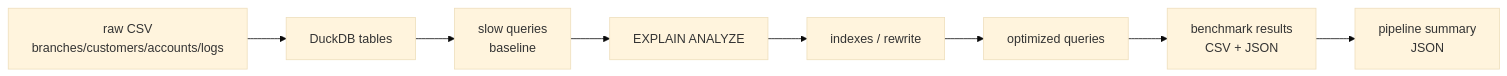
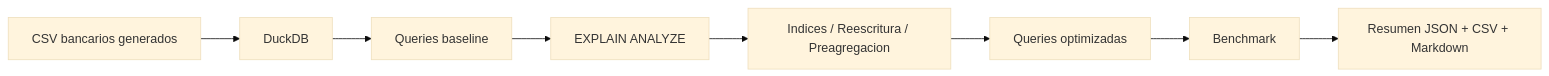
Before and after one commit to franciscosalaspla/data-engineering-portfolio: the diagram in 21-sql-query-optimization-banking/README.md, drawn with Mermaid (base theme). The commit also changed other lines of this file and 1 other file, not shown here.

````diff
--- a/21-sql-query-optimization-banking/README.md
+++ b/21-sql-query-optimization-banking/README.md
@@ -25,10 +15,10 @@
 ```mermaid
 flowchart LR
-    A["raw CSV<br/>branches/customers/accounts/logs"] --> B["DuckDB tables"]
-    B --> C["slow queries<br/>baseline"]
-    C --> D["EXPLAIN ANALYZE"]
-    D --> E["indexes / rewrite"]
-    E --> F["optimized queries"]
-    F --> G["benchmark results<br/>CSV + JSON"]
-    G --> H["pipeline summary<br/>JSON"]
+    A[CSV bancarios generados] --> B[DuckDB]
+    B --> C[Queries baseline]
+    C --> D[EXPLAIN ANALYZE]
+    D --> E[Indices / Reescritura / Preagregacion]
+    E --> F[Queries optimizadas]
+    F --> G[Benchmark]
+    G --> H[Resumen JSON + CSV + Markdown]
 ```
````
